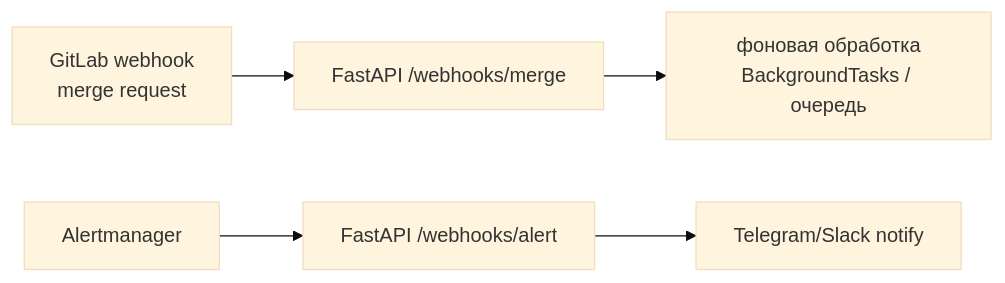
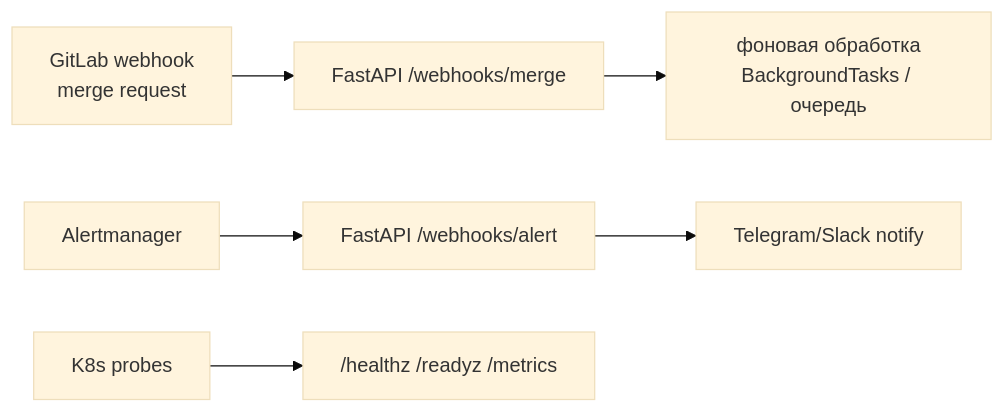
Before and after one commit to alisaalisaalisaalisas/doka: the diagram in docs/08-programming-python-go/08-python-fastapi-services.md, drawn with Mermaid (base theme). The commit also changed other lines of this file and 362 other files, not shown here.

````diff
--- a/docs/08-programming-python-go/08-python-fastapi-services.md
+++ b/docs/08-programming-python-go/08-python-fastapi-services.md
@@ -7,7 +9,8 @@
 ```mermaid
 flowchart LR
     G["GitLab webhook<br/>merge request"] --> F["FastAPI /webhooks/merge"]
     A["Alertmanager"] --> F2["FastAPI /webhooks/alert"]
     F --> Q["фоновая обработка<br/>BackgroundTasks / очередь"]
     F2 --> T["Telegram/Slack notify"]
+    K["K8s probes"] --> H["/healthz /readyz /metrics"]
 ```
````
